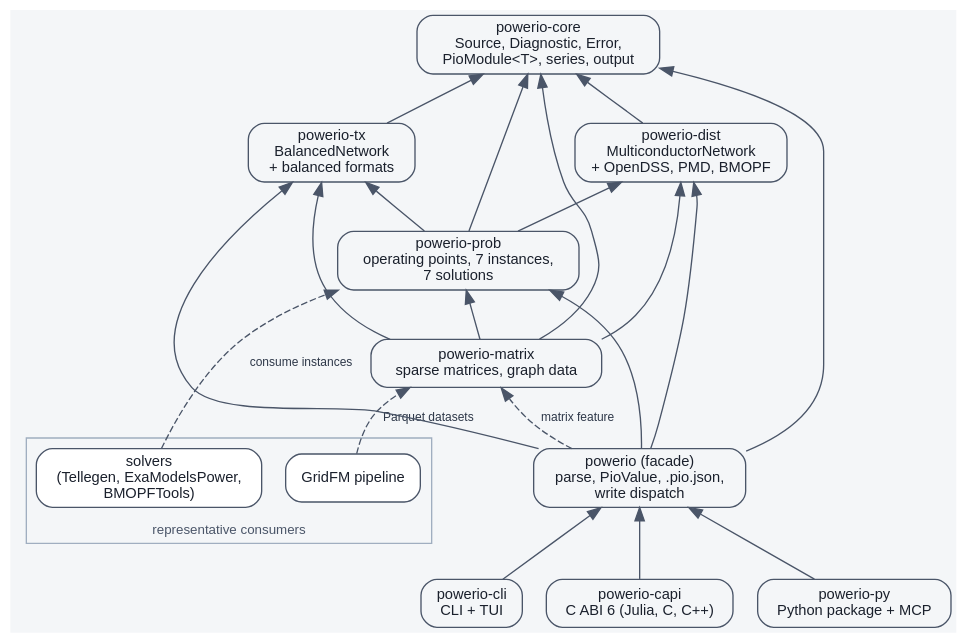
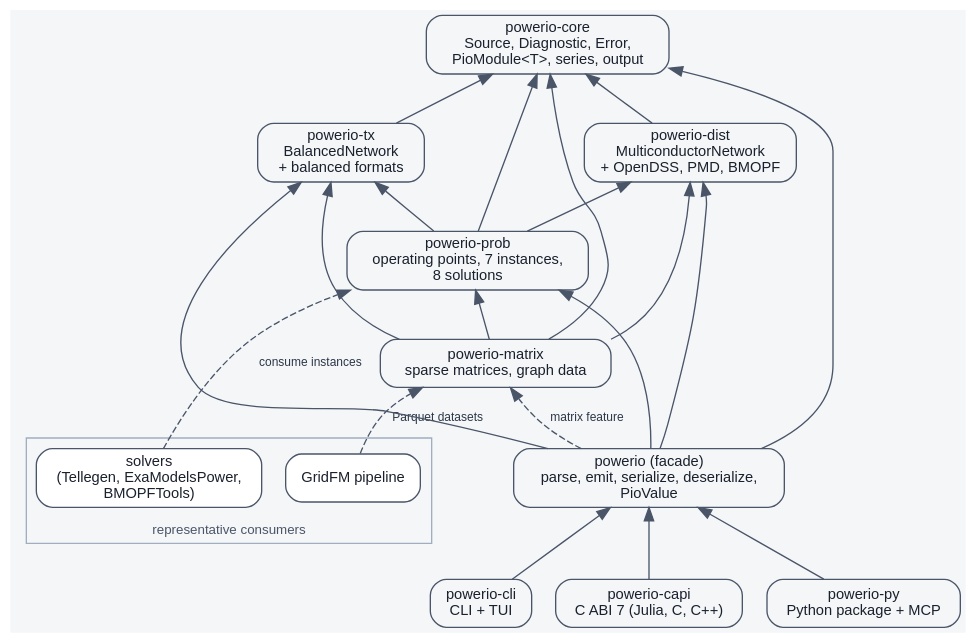
The diagram in docs/diagrams/architecture.dot (eigenergy/powerio), drawn with Graphviz before and after one commit. The commit also changed 92 other files, not shown here.

```diff
--- a/docs/diagrams/architecture.dot
+++ b/docs/diagrams/architecture.dot
@@ -1,56 +1,56 @@
 // The primary architecture map: components, dependency direction, and the
 // two network families. Edges read "depends on" unless labeled. Checked
 // against cargo metadata by scripts/check-architecture-map.py; the committed
 // SVG is generated by the same script. Node ids that name crates must match
 // workspace member names exactly.
 digraph powerio_architecture {
     rankdir = BT;
     bgcolor = "#f4f6f8";
     node [shape = box, style = "rounded,filled", fillcolor = "#f4f6f8",
           color = "#4a5568", fontname = "Helvetica", fontsize = 11,
           fontcolor = "#1a202c"];
     edge [color = "#4a5568", fontname = "Helvetica", fontsize = 9,
           fontcolor = "#2d3748"];
 
     subgraph cluster_consumers {
         label = "representative consumers";
         fontname = "Helvetica"; fontsize = 10; color = "#a0aec0"; fontcolor = "#4a5568";
         solvers [label = "solvers\n(Tellegen, ExaModelsPower,\nBMOPFTools)", fillcolor = "#ffffff"];
         gridfm_ml [label = "GridFM pipeline", fillcolor = "#ffffff"];
     }
 
     "powerio-cli" [label = "powerio-cli\nCLI + TUI"];
-    "powerio-capi" [label = "powerio-capi\nC ABI 6 (Julia, C, C++)"];
+    "powerio-capi" [label = "powerio-capi\nC ABI 7 (Julia, C, C++)"];
     "powerio-py" [label = "powerio-py\nPython package + MCP"];
 
-    powerio [label = "powerio (facade)\nparse, PioValue, .pio.json,\nwrite dispatch"];
+    powerio [label = "powerio (facade)\nparse, emit, serialize, deserialize,\nPioValue"];
 
     "powerio-matrix" [label = "powerio-matrix\nsparse matrices, graph data"];
-    "powerio-prob" [label = "powerio-prob\noperating points, 7 instances,\n7 solutions"];
+    "powerio-prob" [label = "powerio-prob\noperating points, 7 instances,\n8 solutions"];
 
     "powerio-tx" [label = "powerio-tx\nBalancedNetwork\n+ balanced formats"];
     "powerio-dist" [label = "powerio-dist\nMulticonductorNetwork\n+ OpenDSS, PMD, BMOPF"];
 
     "powerio-core" [label = "powerio-core\nSource, Diagnostic, Error,\nPioModule<T>, series, output"];
 
     "powerio-tx" -> "powerio-core";
     "powerio-dist" -> "powerio-core";
     "powerio-prob" -> "powerio-core";
     "powerio-prob" -> "powerio-tx";
     "powerio-prob" -> "powerio-dist";
     "powerio-matrix" -> "powerio-core";
     "powerio-matrix" -> "powerio-tx";
     "powerio-matrix" -> "powerio-dist";
     "powerio-matrix" -> "powerio-prob";
     powerio -> "powerio-core";
     powerio -> "powerio-tx";
     powerio -> "powerio-dist";
     powerio -> "powerio-prob";
     powerio -> "powerio-matrix" [label = "matrix feature", style = dashed];
     "powerio-cli" -> powerio;
     "powerio-capi" -> powerio;
     "powerio-py" -> powerio;
 
     solvers -> "powerio-prob" [label = "consume instances", style = dashed];
     gridfm_ml -> "powerio-matrix" [label = "Parquet datasets", style = dashed];
 }
```
